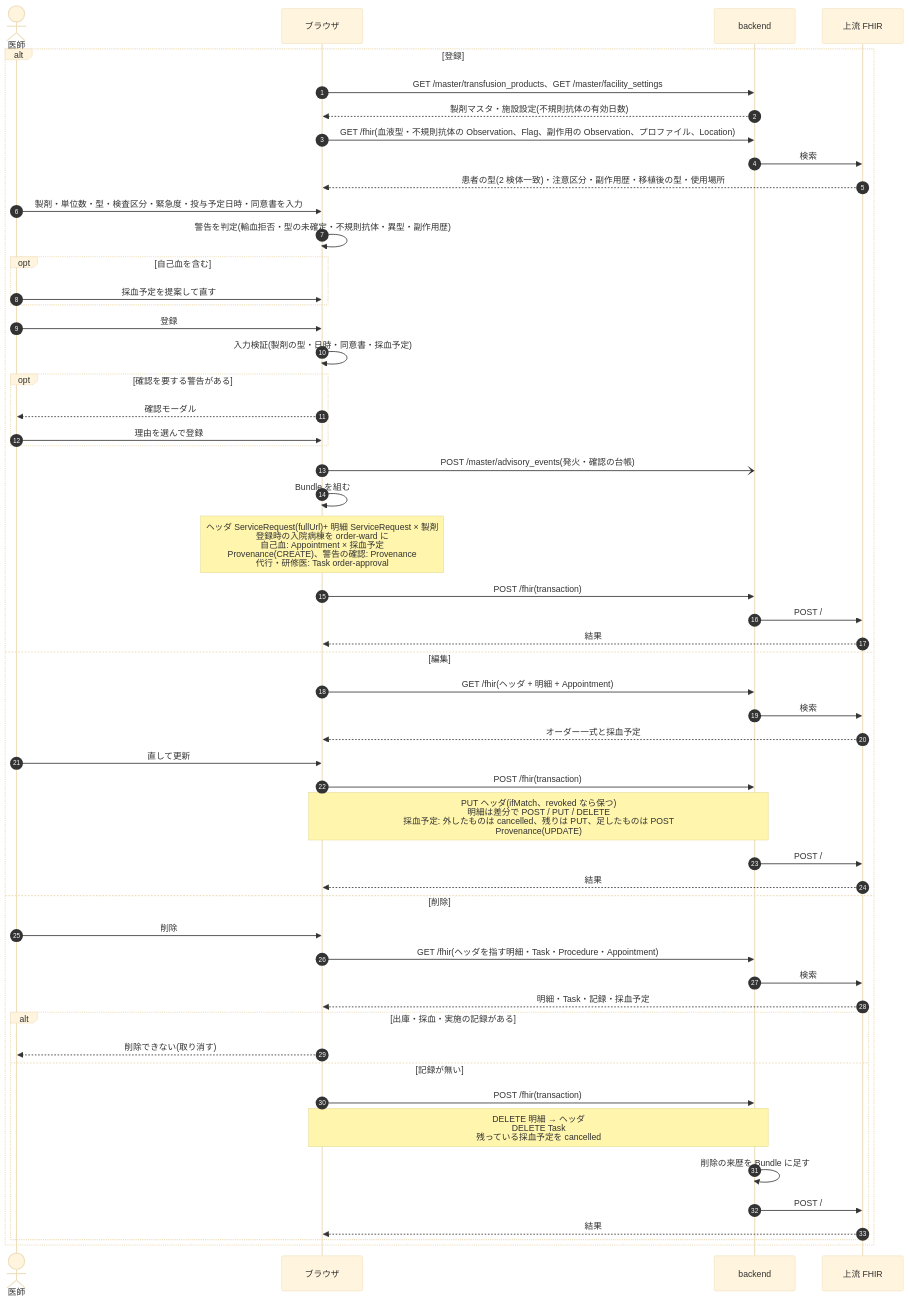
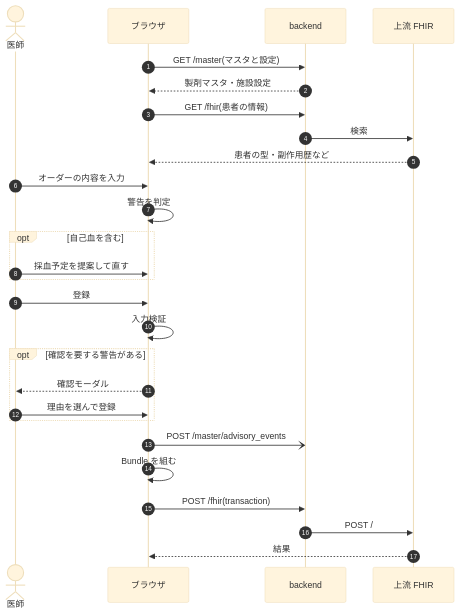
Before and after one commit to ysnr-dev/fhir-client-docs: the first of 11 diagrams in docs/dev/transfusion.md, drawn with Mermaid (base theme). The commit also changed other lines of this file and 43 other files, not shown here.

Commit message:
docs: 業務フローとシーケンス図を写し直し

````diff
--- a/docs/dev/transfusion.md
+++ b/docs/dev/transfusion.md
@@ -50,56 +114,30 @@
 ```mermaid
 sequenceDiagram
   autonumber
   actor Dr as 医師
   participant UI as ブラウザ
   participant BE as backend
   participant FHIR as 上流 FHIR
 
-  alt 登録
-    UI->>BE: GET /master/transfusion_products、GET /master/facility_settings
-    BE-->>UI: 製剤マスタ・施設設定(不規則抗体の有効日数)
-    UI->>BE: GET /fhir(血液型・不規則抗体の Observation、Flag、副作用の Observation、プロファイル、Location)
-    BE->>FHIR: 検索
-    FHIR-->>UI: 患者の型(2 検体一致)・注意区分・副作用歴・移植後の型・使用場所
-    Dr->>UI: 製剤・単位数・型・検査区分・緊急度・投与予定日時・同意書を入力
-    UI->>UI: 警告を判定(輸血拒否・型の未確定・不規則抗体・異型・副作用歴)
-    opt 自己血を含む
-      Dr->>UI: 採血予定を提案して直す
-    end
-    Dr->>UI: 登録
-    UI->>UI: 入力検証(製剤の型・日時・同意書・採血予定)
-    opt 確認を要する警告がある
-      UI-->>Dr: 確認モーダル
-      Dr->>UI: 理由を選んで登録
-    end
-    UI-)BE: POST /master/advisory_events(発火・確認の台帳)
-    UI->>UI: Bundle を組む
-    Note over UI: ヘッダ ServiceRequest(fullUrl)+ 明細 ServiceRequest × 製剤<br/>登録時の入院病棟を order-ward に<br/>自己血: Appointment × 採血予定<br/>Provenance(CREATE)、警告の確認: Provenance<br/>代行・研修医: Task order-approval
-    UI->>BE: POST /fhir(transaction)
-    BE->>FHIR: POST /
-    FHIR-->>UI: 結果
-  else 編集
-    UI->>BE: GET /fhir(ヘッダ + 明細 + Appointment)
-    BE->>FHIR: 検索
-    FHIR-->>UI: オーダー一式と採血予定
-    Dr->>UI: 直して更新
-    UI->>BE: POST /fhir(transaction)
-    Note over UI,BE: PUT ヘッダ(ifMatch、revoked なら保つ)<br/>明細は差分で POST / PUT / DELETE<br/>採血予定: 外したものは cancelled、残りは PUT、足したものは POST<br/>Provenance(UPDATE)
-    BE->>FHIR: POST /
-    FHIR-->>UI: 結果
-  else 削除
-    Dr->>UI: 削除
-    UI->>BE: GET /fhir(ヘッダを指す明細・Task・Procedure・Appointment)
-    BE->>FHIR: 検索
-    FHIR-->>UI: 明細・Task・記録・採血予定
-    alt 出庫・採血・実施の記録がある
-      UI-->>Dr: 削除できない(取り消す)
-    else 記録が無い
-      UI->>BE: POST /fhir(transaction)
-      Note over UI,BE: DELETE 明細 → ヘッダ<br/>DELETE Task<br/>残っている採血予定を cancelled
-      BE->>BE: 削除の来歴を Bundle に足す
-      BE->>FHIR: POST /
-      FHIR-->>UI: 結果
-    end
+  UI->>BE: GET /master(マスタと設定)
+  BE-->>UI: 製剤マスタ・施設設定
+  UI->>BE: GET /fhir(患者の情報)
+  BE->>FHIR: 検索
+  FHIR-->>UI: 患者の型・副作用歴など
+  Dr->>UI: オーダーの内容を入力
+  UI->>UI: 警告を判定
+  opt 自己血を含む
+    Dr->>UI: 採血予定を提案して直す
   end
+  Dr->>UI: 登録
+  UI->>UI: 入力検証
+  opt 確認を要する警告がある
+    UI-->>Dr: 確認モーダル
+    Dr->>UI: 理由を選んで登録
+  end
+  UI-)BE: POST /master/advisory_events
+  UI->>UI: Bundle を組む
+  UI->>BE: POST /fhir(transaction)
+  BE->>FHIR: POST /
+  FHIR-->>UI: 結果
 ```
````
